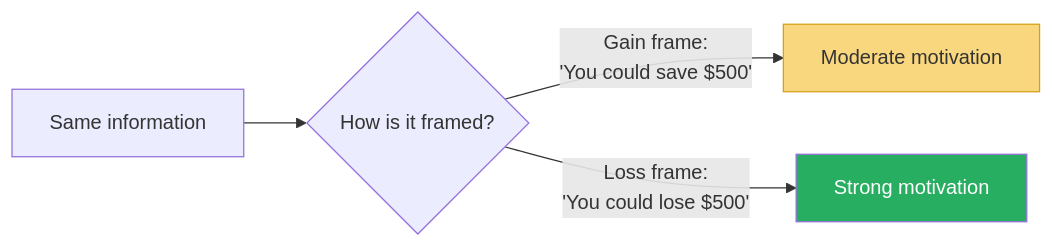
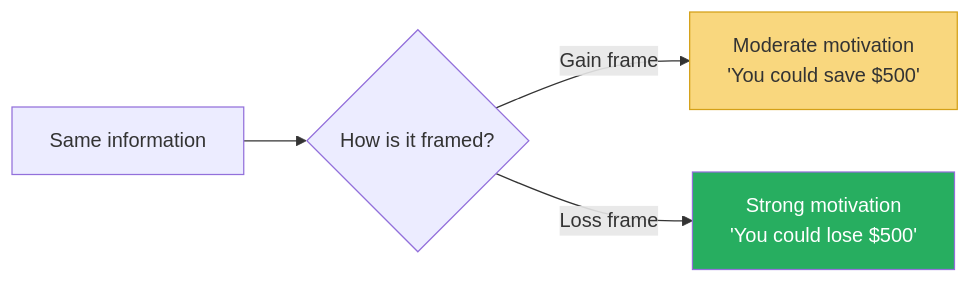
Before and after one commit to alius33/reader: the sixth of 10 diagrams in summaries/Power & Influence/Yes! 50 Scientifically Proven Ways - Goldstein, Martin & Cialdini.md, drawn with Mermaid. The commit also changed other lines of this file and 272 other files, not shown here.

````diff
--- a/summaries/Power & Influence/Yes! 50 Scientifically Proven Ways - Goldstein, Martin & Cialdini.md
+++ b/summaries/Power & Influence/Yes! 50 Scientifically Proven Ways - Goldstein, Martin & Cialdini.md
@@ -470,8 +1419,8 @@
 ```mermaid
 flowchart LR
     A["Same information"] --> B{"How is it framed?"}
-    B -->|"Gain frame:\n'You could save $500'"| C["Moderate motivation"]
-    B -->|"Loss frame:\n'You could lose $500'"| D["Strong motivation"]
+    B -->|"Gain frame"| C["Moderate motivation<br>'You could save $500'"]
+    B -->|"Loss frame"| D["Strong motivation<br>'You could lose $500'"]
     style C fill:#f9d77e,stroke:#d4a017
     style D fill:#27ae60,color:#fff
 ```
````
